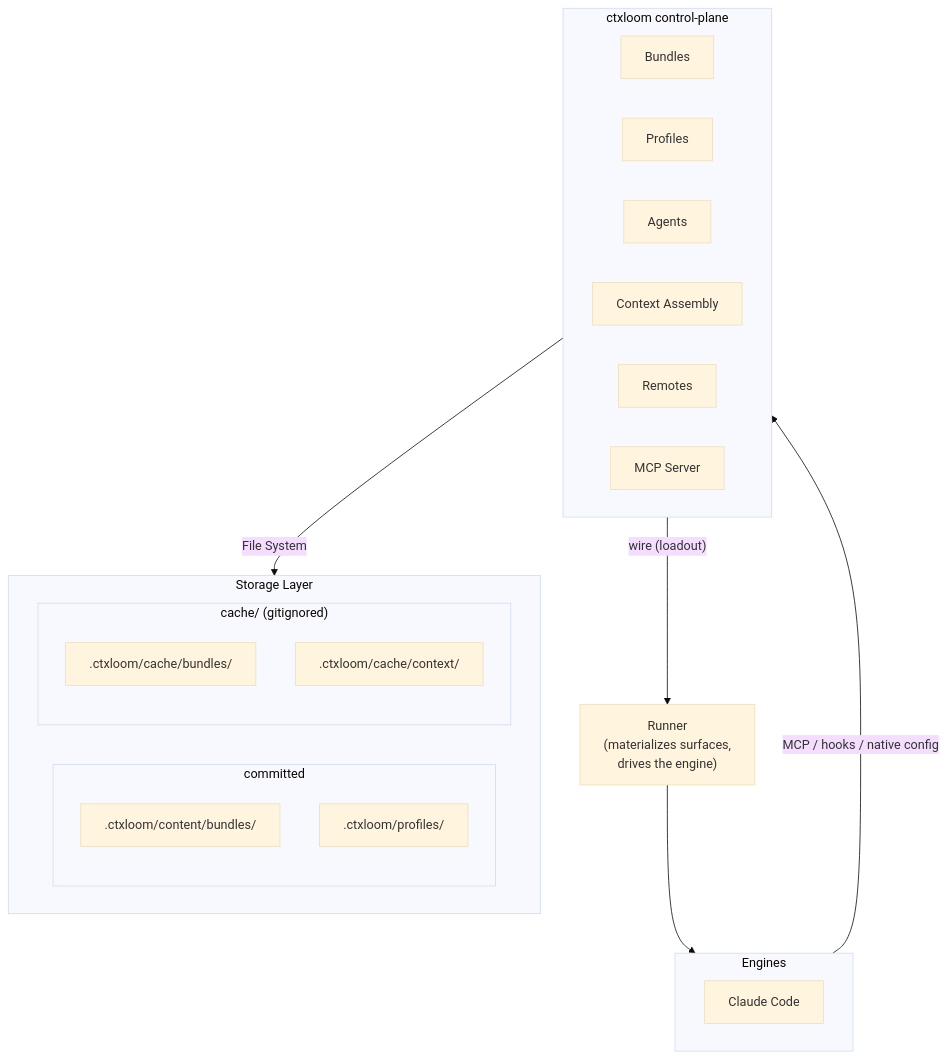
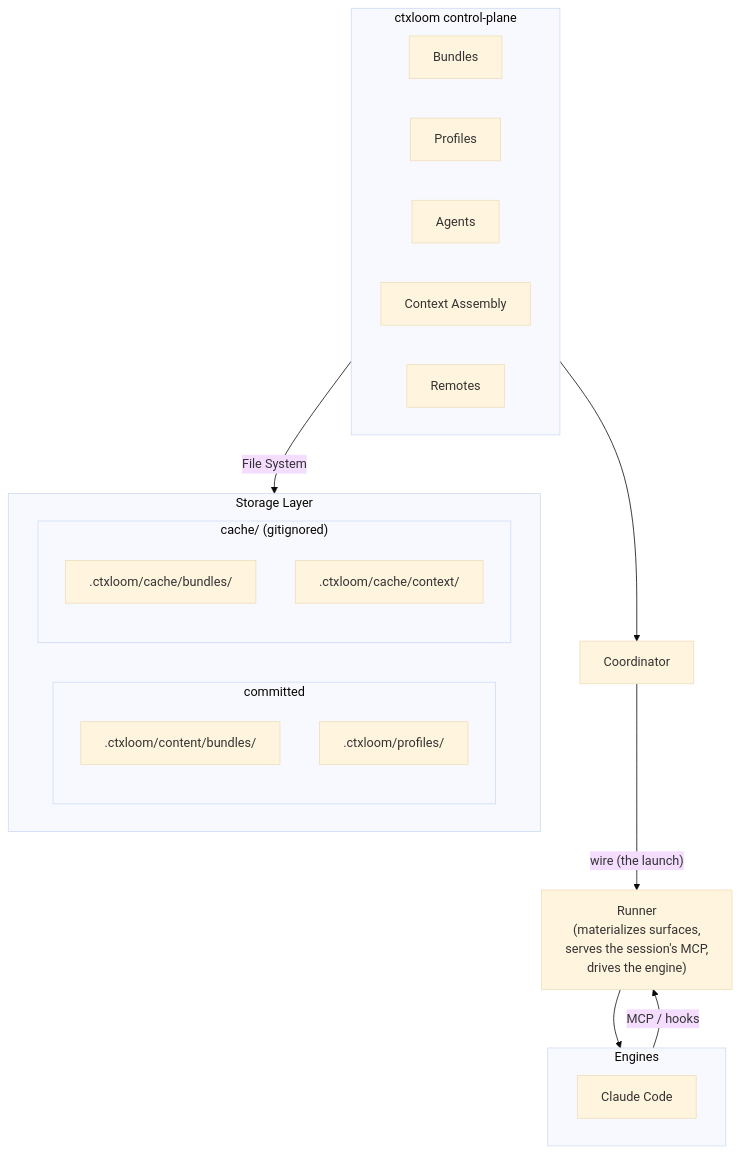
Before and after one commit to ctxloom/ctxloom: the fifth of 5 diagrams in website/src/content/docs/concepts/architecture.md, drawn with Mermaid (base theme). The commit also changed other lines of this file, not shown here.

First line of the commit message:
docs(site): describe the live launch path on the architecture page

````diff
--- a/website/src/content/docs/concepts/architecture.md
+++ b/website/src/content/docs/concepts/architecture.md
@@ -422,38 +428,37 @@
 ```mermaid
 flowchart TB
     subgraph Engines["Engines"]
         direction LR
         claude["Claude Code"]
     end
-
-    Engines -->|"MCP / hooks / native config"| Core
 
     subgraph Core["ctxloom control-plane"]
         direction LR
         bundles["Bundles"]
         profiles["Profiles"]
         agents["Agents"]
         assembly["Context Assembly"]
         remotes["Remotes"]
-        mcp["MCP Server"]
     end
 
-    Core -->|"wire (loadout)"| Runner["Runner<br/>(materializes surfaces,<br/>drives the engine)"]
+    Core --> Coord["Coordinator"]
+    Coord -->|"wire (the launch)"| Runner["Runner<br/>(materializes surfaces,<br/>serves the session's MCP,<br/>drives the engine)"]
     Runner --> Engines
+    Engines -->|"MCP / hooks"| Runner
 
     Core -->|"File System"| Storage
 
     subgraph Storage["Storage Layer"]
         direction LR
         subgraph StorageCommitted["committed"]
             direction TB
             sbundles[".ctxloom/content/bundles/"]
             sprofiles[".ctxloom/profiles/"]
         end
         subgraph StorageCache["cache/ (gitignored)"]
             direction TB
             scachebundles[".ctxloom/cache/bundles/"]
             scontext[".ctxloom/cache/context/"]
         end
     end
 ```
````
